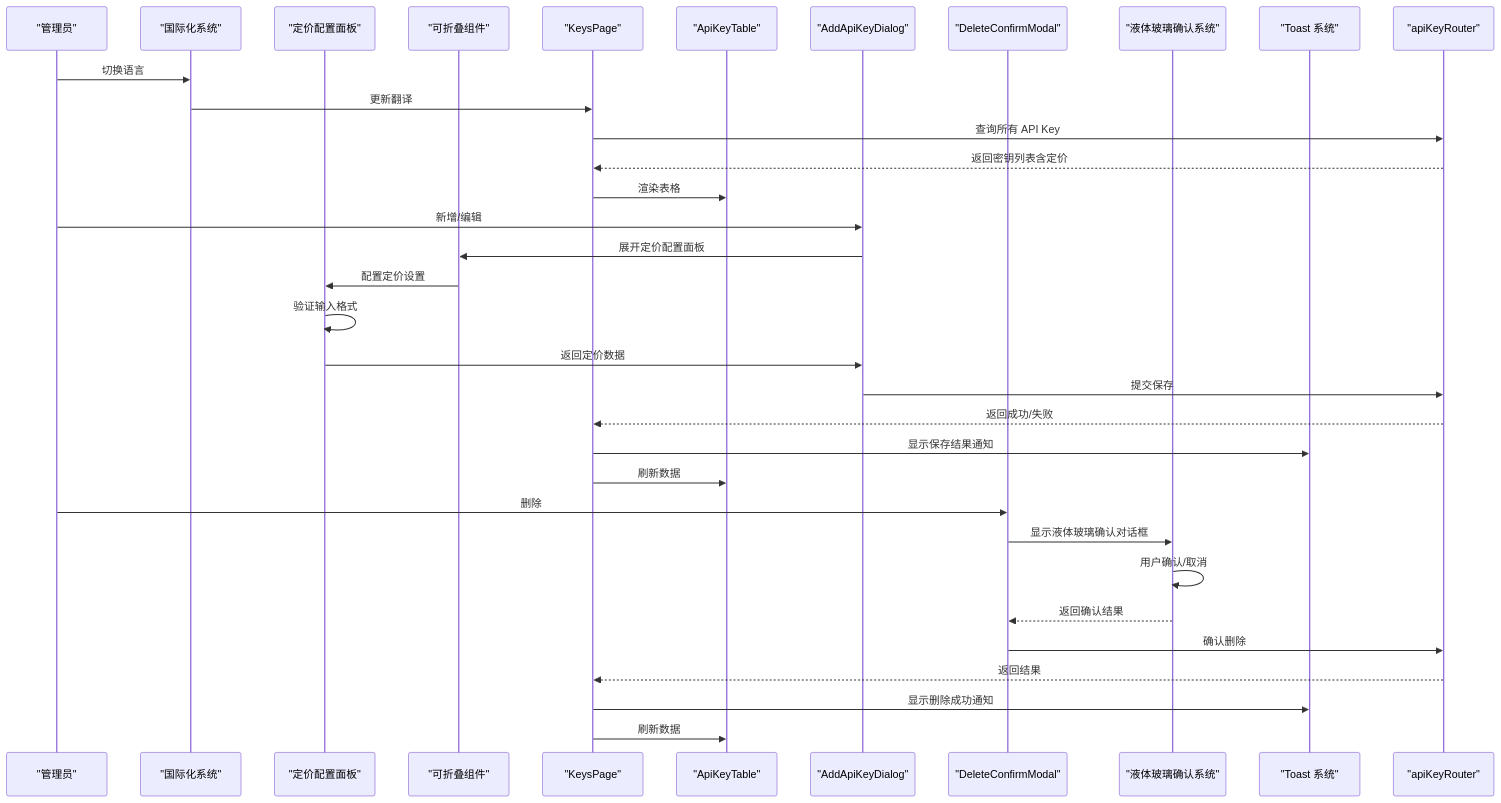
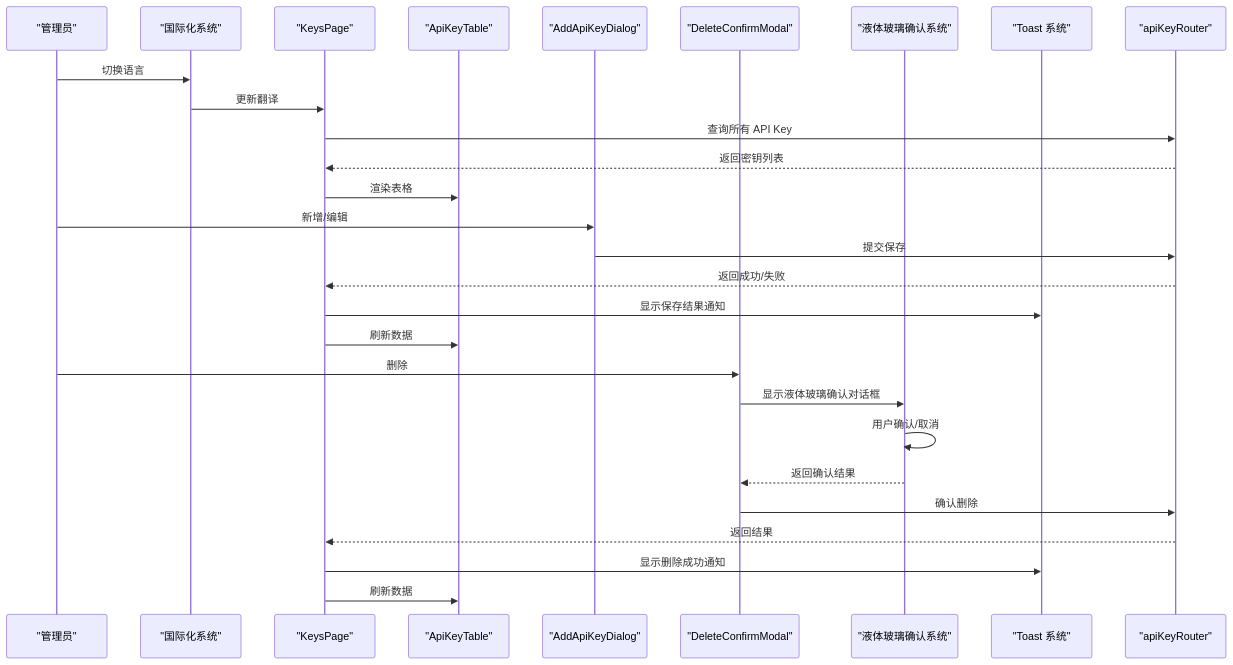
Before and after one commit to RadiumAg/AIGate: the fourth of 10 diagrams in .qoder/repowiki/zh/content/核心功能/API Key 管理.md, drawn with Mermaid. The commit also changed other lines of this file and 15 other files, not shown here.

````diff
--- a/.qoder/repowiki/zh/content/核心功能/API Key 管理.md
+++ b/.qoder/repowiki/zh/content/核心功能/API Key 管理.md
@@ -259,36 +225,30 @@
 ```mermaid
 sequenceDiagram
 participant Admin as "管理员"
 participant I18n as "国际化系统"
-participant Pricing as "定价配置面板"
-participant Collapsible as "可折叠组件"
 participant Page as "KeysPage"
 participant Table as "ApiKeyTable"
 participant Dialog as "AddApiKeyDialog"
 participant Modal as "DeleteConfirmModal"
 participant Confirm as "液体玻璃确认系统"
 participant Toast as "Toast 系统"
 participant API as "apiKeyRouter"
 Admin->>I18n : 切换语言
 I18n->>Page : 更新翻译
 Page->>API : 查询所有 API Key
-API-->>Page : 返回密钥列表含定价
+API-->>Page : 返回密钥列表
 Page->>Table : 渲染表格
 Admin->>Dialog : 新增/编辑
-Dialog->>Collapsible : 展开定价配置面板
-Collapsible->>Pricing : 配置定价设置
-Pricing->>Pricing : 验证输入格式
-Pricing->>Dialog : 返回定价数据
 Dialog->>API : 提交保存
 API-->>Page : 返回成功/失败
 Page->>Toast : 显示保存结果通知
 Page->>Table : 刷新数据
 Admin->>Modal : 删除
 Modal->>Confirm : 显示液体玻璃确认对话框
 Confirm->>Confirm : 用户确认/取消
 Confirm-->>Modal : 返回确认结果
 Modal->>API : 确认删除
 API-->>Page : 返回结果
 Page->>Toast : 显示删除成功通知
 Page->>Table : 刷新数据
 ```
````
